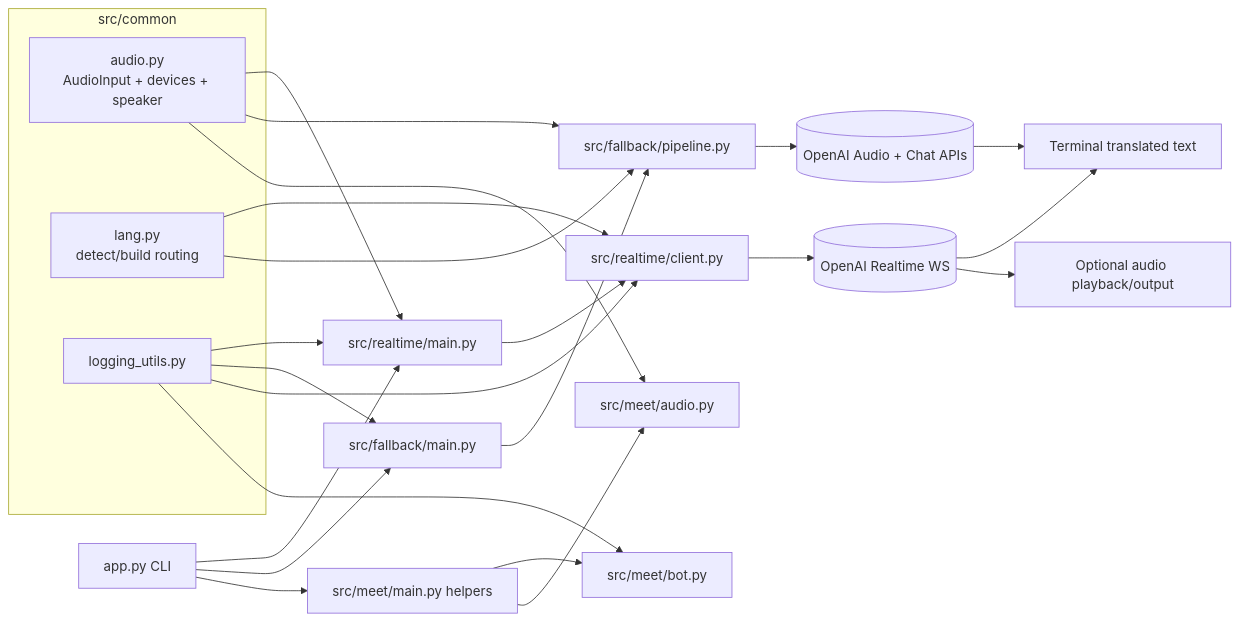
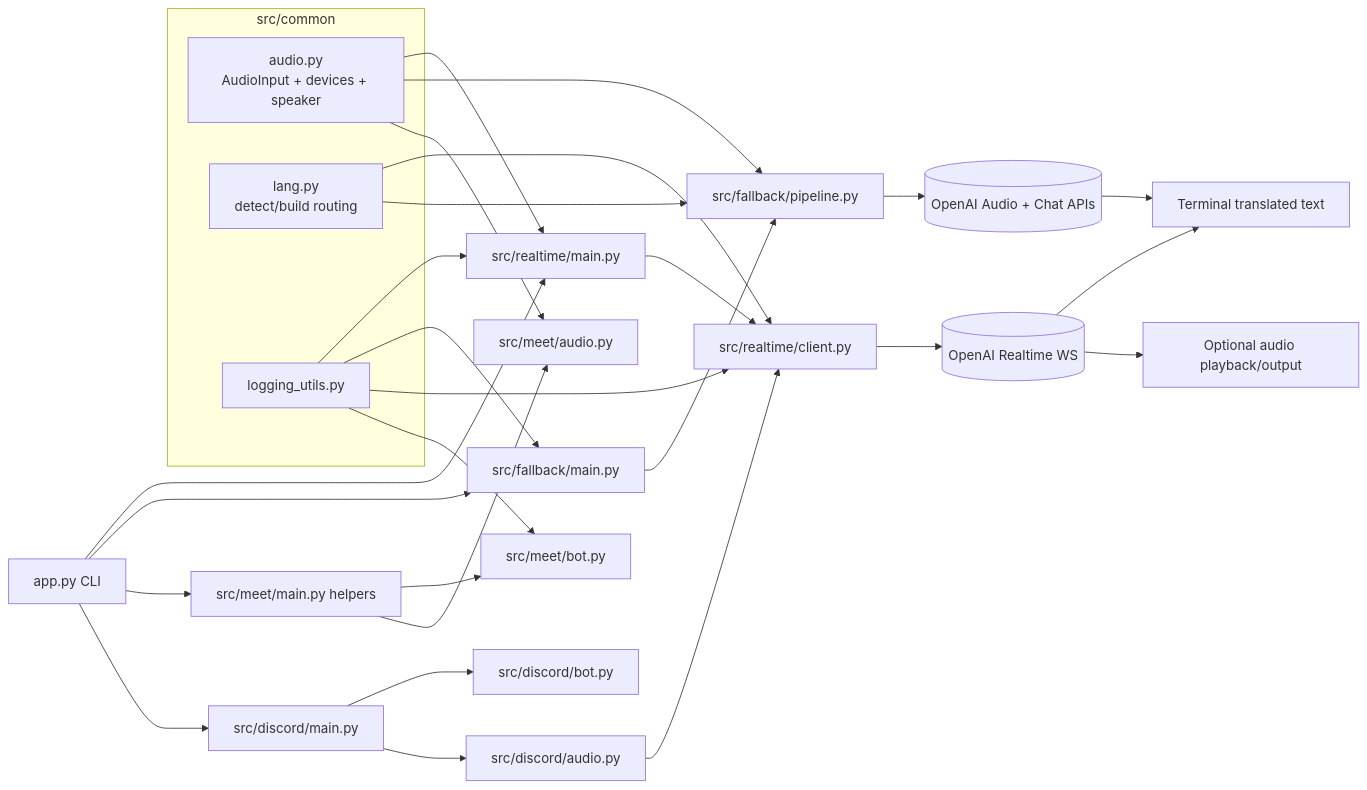
Before and after one commit to Huy-8bit/MeetQ: the first of 3 diagrams in docs/architecture.md, drawn with Mermaid. The commit also changed other lines of this file and 13 other files, not shown here.

First line of the commit message:
feat: add Discord voice interpreter bot with audio input/output handling

````diff
--- a/docs/architecture.md
+++ b/docs/architecture.md
@@ -37,36 +42,40 @@
 ```mermaid
 flowchart LR
     CLI[app.py CLI]
 
     CLI --> RT[src/realtime/main.py]
     CLI --> FB[src/fallback/main.py]
     CLI --> MEET[src/meet/main.py helpers]
+    CLI --> DISC[src/discord/main.py]
 
     subgraph Common[src/common]
       AUDIO[audio.py\nAudioInput + devices + speaker]
       LANG[lang.py\ndetect/build routing]
       LOG[logging_utils.py]
     end
 
     RT --> RTC[src/realtime/client.py]
     FB --> FBP[src/fallback/pipeline.py]
     MEET --> MBOT[src/meet/bot.py]
     MEET --> MAUD[src/meet/audio.py]
+    DISC --> DBOT[src/discord/bot.py]
+    DISC --> DAUD[src/discord/audio.py]
 
     RTC --> OPENAI[(OpenAI Realtime WS)]
     FBP --> OPENAIA[(OpenAI Audio + Chat APIs)]
 
     AUDIO --> RT
     AUDIO --> FBP
     AUDIO --> MAUD
+    DAUD --> RTC
     LANG --> RTC
     LANG --> FBP
     LOG --> RT
     LOG --> FB
     LOG --> RTC
     LOG --> MBOT
 
     OPENAI --> OUTTXT[Terminal translated text]
     OPENAI --> OUTAUD[Optional audio playback/output]
     OPENAIA --> OUTTXT
 ```
````
